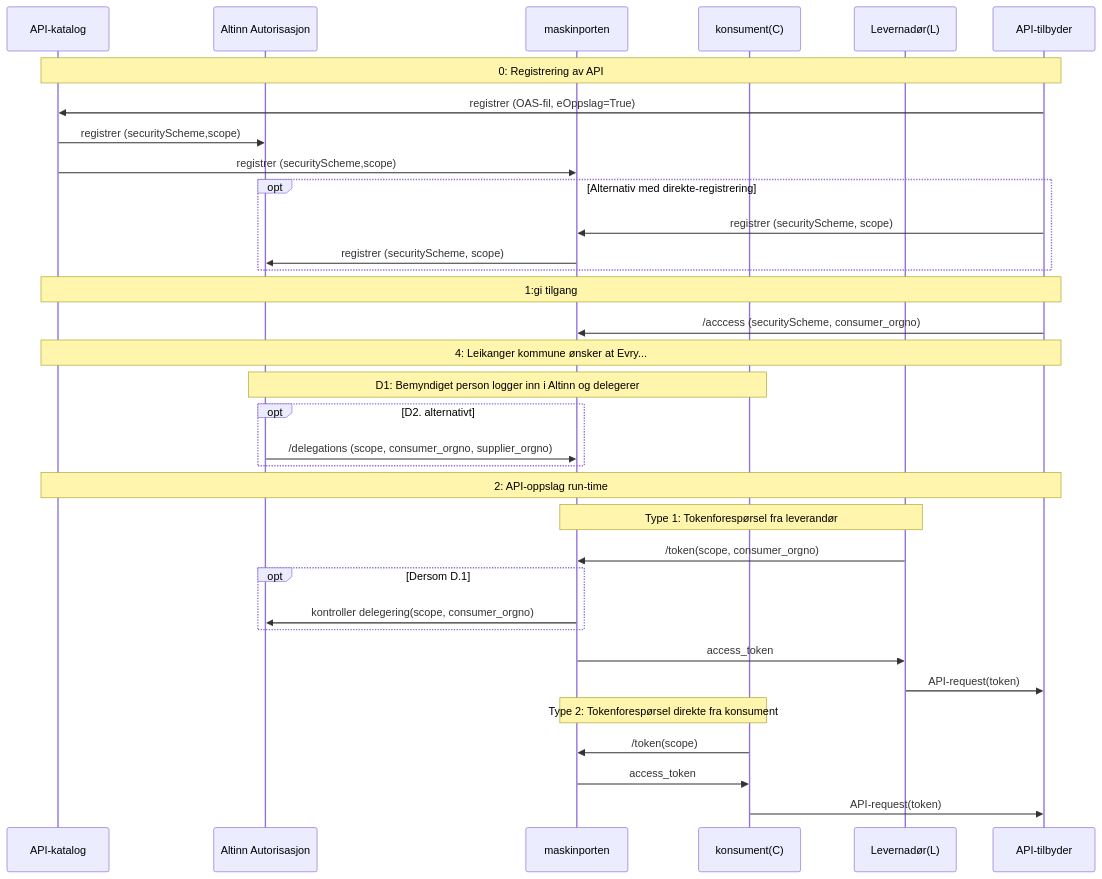
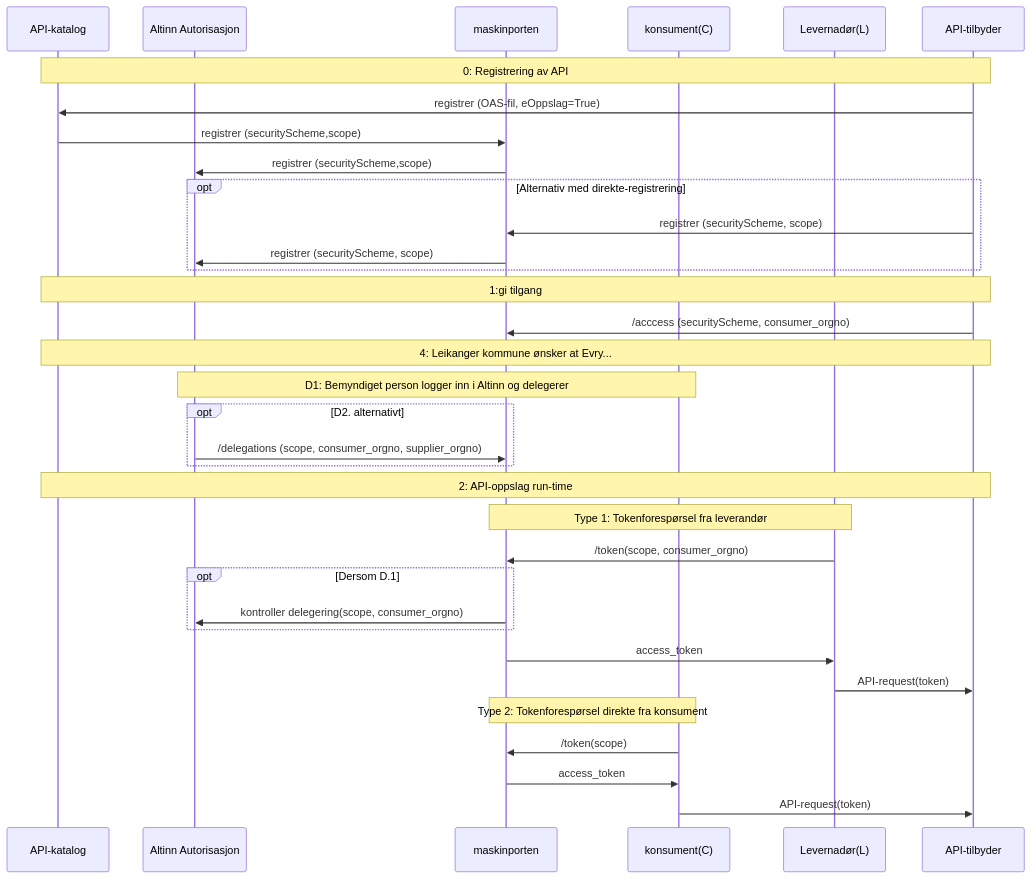
The diagram in pages/eoppslag/eoppslag_sbb_oauth2_scopes.md (joergenb/oauth2-veileder), drawn with Mermaid before and after one commit.

Commit message:
Liten endring i flow fra API-katalog

```diff
--- a/pages/eoppslag/eoppslag_sbb_oauth2_scopes.md
+++ b/pages/eoppslag/eoppslag_sbb_oauth2_scopes.md
@@ -95,45 +95,45 @@
 <div class="mermaid">
 sequenceDiagram
 
   participant AP as API-katalog
   participant AA as Altinn Autorisasjon
   participant MP AS maskinporten
   participant C AS konsument(C)
   participant L AS Levernadør(L)
   participant A as API-tilbyder
 
   note over AP,A: 0: Registrering av API   
   A->>AP: registrer (OAS-fil, eOppslag=True)
-  AP->>AA: registrer (securityScheme,scope)
   AP->>MP: registrer (securityScheme,scope)
+  MP->>AA: registrer (securityScheme,scope)
 
   opt Alternativ med direkte-registrering
    A->>MP: registrer (securityScheme, scope)
    MP->>AA: registrer (securityScheme, scope)
   end
 
   note over AP,A: 1:gi tilgang
   A->>MP: /acccess (securityScheme, consumer_orgno)
 
   note over AP,A: 4: Leikanger kommune ønsker at Evry...
   note over AA,C: D1: Bemyndiget person logger inn i Altinn og delegerer
   opt D2. alternativt
   AA->>MP: /delegations (scope, consumer_orgno, supplier_orgno)
   end
 
   note over AP,A: 2: API-oppslag run-time
 
   note over L,MP: Type 1: Tokenforespørsel fra leverandør
   L->>MP: /token(scope, consumer_orgno)
   opt Dersom D.1
     MP->>AA: kontroller delegering(scope, consumer_orgno)
   end
   MP->>L: access_token
   L->>A: API-request(token)
 
   note over C,MP: Type 2: Tokenforespørsel direkte fra konsument
   C->>MP: /token(scope)
   MP->>C: access_token
   C->>A: API-request(token)
 
   </div>
```
